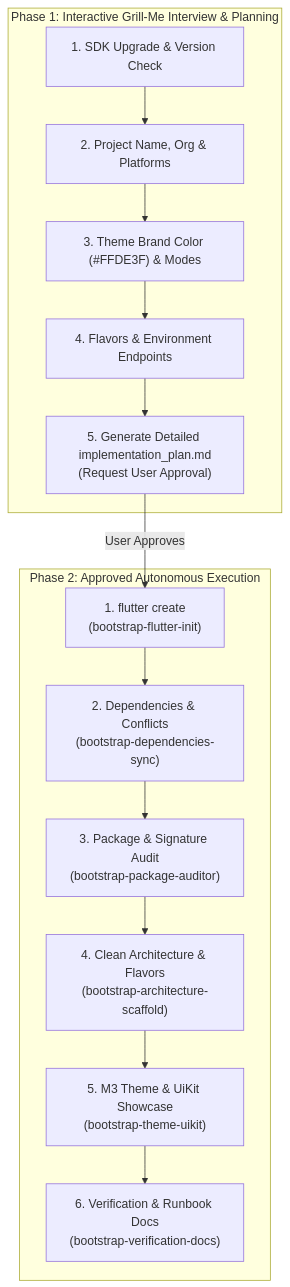
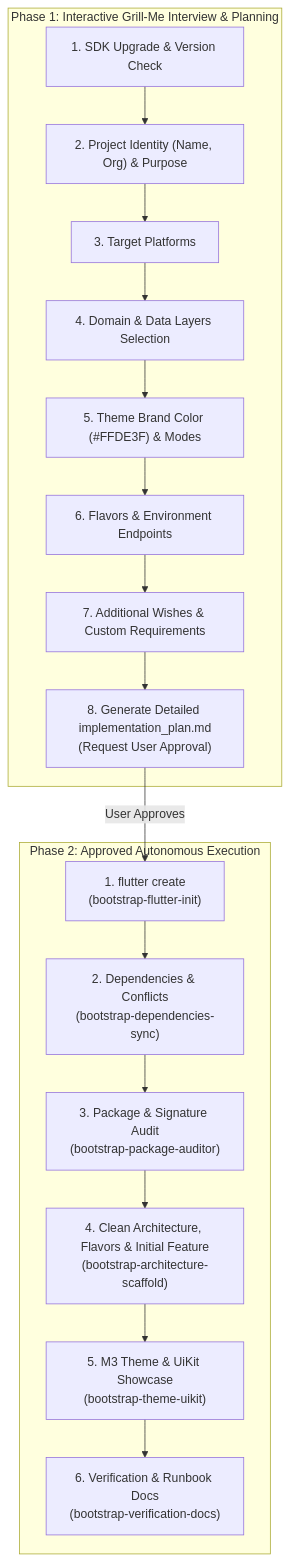
The diagram in .agents/skills/bootstrap/project-bootstrap-hub/SKILL.md (Vurarddo/flutter_template), drawn with Mermaid before and after one commit. The commit also changed other lines of this file and 14 other files, not shown here.

Commit message:
feat(bootstrap): enhance bootstrap skills with domain/data templates, pages path standard, gitignore resource, and 7-step discovery interview

````diff
--- a/.agents/skills/bootstrap/project-bootstrap-hub/SKILL.md
+++ b/.agents/skills/bootstrap/project-bootstrap-hub/SKILL.md
@@ -14,18 +14,21 @@
 ```mermaid
 graph TD
     subgraph "Phase 1: Interactive Grill-Me Interview & Planning"
-        Q1["1. SDK Upgrade & Version Check"] --> Q2["2. Project Name, Org & Platforms"]
-        Q2 --> Q3["3. Theme Brand Color (#FFDE3F) & Modes"]
-        Q3 --> Q4["4. Flavors & Environment Endpoints"]
-        Q4 --> Plan["5. Generate Detailed implementation_plan.md<br/>(Request User Approval)"]
+        Q1["1. SDK Upgrade & Version Check"] --> Q2["2. Project Identity (Name, Org) & Purpose"]
+        Q2 --> Q3["3. Target Platforms"]
+        Q3 --> Q4["4. Domain & Data Layers Selection"]
+        Q4 --> Q5["5. Theme Brand Color (#FFDE3F) & Modes"]
+        Q5 --> Q6["6. Flavors & Environment Endpoints"]
+        Q6 --> Q7["7. Additional Wishes & Custom Requirements"]
+        Q7 --> Plan["8. Generate Detailed implementation_plan.md<br/>(Request User Approval)"]
     end
 
     subgraph "Phase 2: Approved Autonomous Execution"
         Plan -->|User Approves| Exec1["1. flutter create<br/>(bootstrap-flutter-init)"]
         Exec1 --> Exec2["2. Dependencies & Conflicts<br/>(bootstrap-dependencies-sync)"]
         Exec2 --> Exec3["3. Package & Signature Audit<br/>(bootstrap-package-auditor)"]
-        Exec3 --> Exec4["4. Clean Architecture & Flavors<br/>(bootstrap-architecture-scaffold)"]
+        Exec3 --> Exec4["4. Clean Architecture, Flavors & Initial Feature<br/>(bootstrap-architecture-scaffold)"]
         Exec4 --> Exec5["5. M3 Theme & UiKit Showcase<br/>(bootstrap-theme-uikit)"]
         Exec5 --> Exec6["6. Verification & Runbook Docs<br/>(bootstrap-verification-docs)"]
     end
 ```
````
